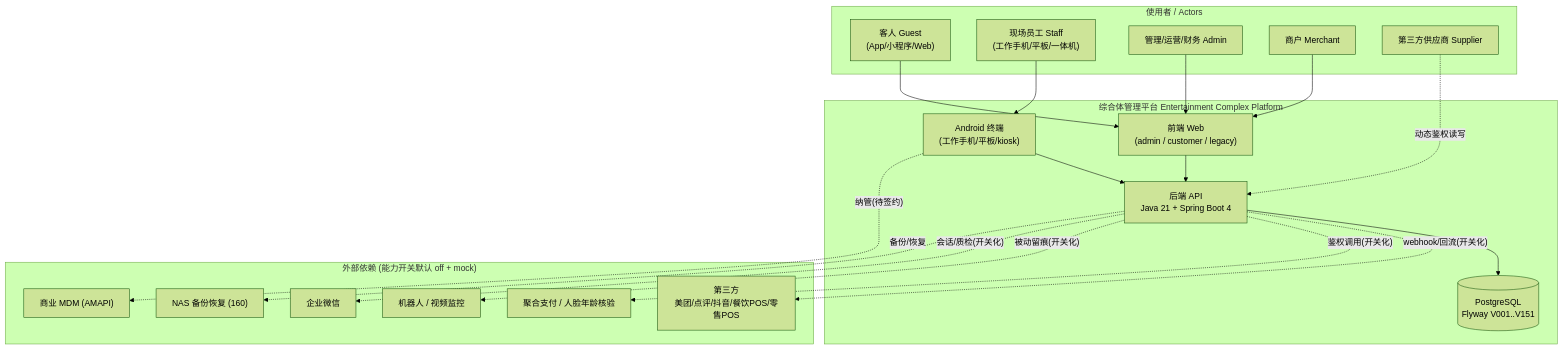
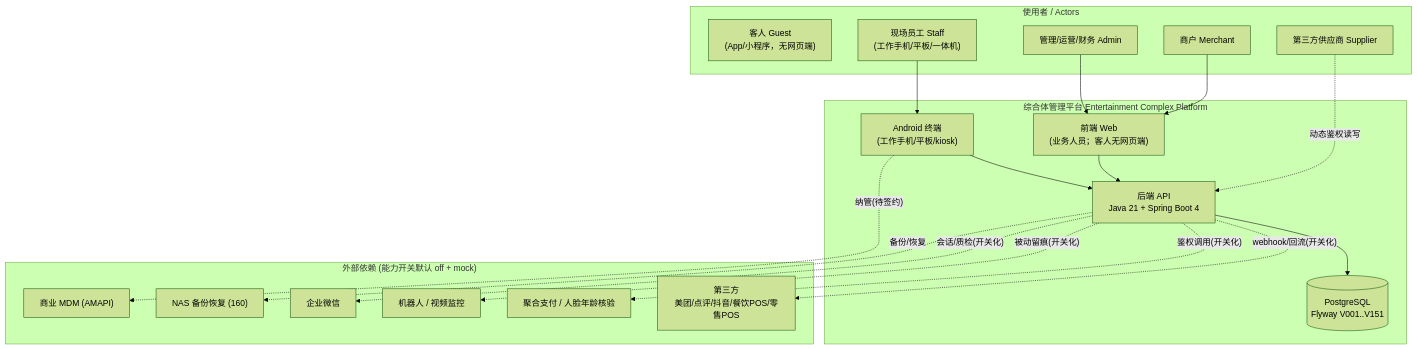
One commit to jxh1979/mall changed the first of 5 diagrams in docs/architecture-overview-v0.1.md. Above: the diagram before and after it, drawn with Mermaid (forest theme). The commit also changed other lines of this file and 15 other files, not shown here.

````diff
--- a/docs/architecture-overview-v0.1.md
+++ b/docs/architecture-overview-v0.1.md
@@ -7,41 +7,40 @@
 ```mermaid
 graph TB
   subgraph Users["使用者 / Actors"]
-    GUEST["客人 Guest<br/>(App/小程序/Web)"]
+    GUEST["客人 Guest<br/>(App/小程序，无网页端)"]
     STAFF["现场员工 Staff<br/>(工作手机/平板/一体机)"]
     ADMIN["管理/运营/财务 Admin"]
     MERCHANT["商户 Merchant"]
     SUPPLIER["第三方供应商 Supplier"]
   end
 
   subgraph Platform["综合体管理平台 Entertainment Complex Platform"]
-    WEB["前端 Web<br/>(admin / customer / legacy)"]
+    WEB["前端 Web<br/>(业务人员；客人无网页端)"]
     ANDROID["Android 终端<br/>(工作手机/平板/kiosk)"]
     API["后端 API<br/>Java 21 + Spring Boot 4"]
     DB[("PostgreSQL<br/>Flyway V001..V151")]
   end
 
   subgraph External["外部依赖 (能力开关默认 off + mock)"]
     TP["第三方<br/>美团/点评/抖音/餐饮POS/零售POS"]
     PAY["聚合支付 / 人脸年龄核验"]
     ROBOT["机器人 / 视频监控"]
     WECOM["企业微信"]
     MDM["商业 MDM (AMAPI)"]
     NAS["NAS 备份恢复 (160)"]
   end
 
-  GUEST --> WEB
   STAFF --> ANDROID
   ADMIN --> WEB
   MERCHANT --> WEB
   WEB --> API
   ANDROID --> API
   API --> DB
   API -. webhook/回流(开关化) .-> TP
   API -. 鉴权调用(开关化) .-> PAY
   API -. 被动留痕(开关化) .-> ROBOT
   API -. 会话/质检(开关化) .-> WECOM
   ANDROID -. 纳管(待签约) .-> MDM
   API -. 备份/恢复 .-> NAS
   SUPPLIER -. 动态鉴权读写 .-> API
 ```
````
